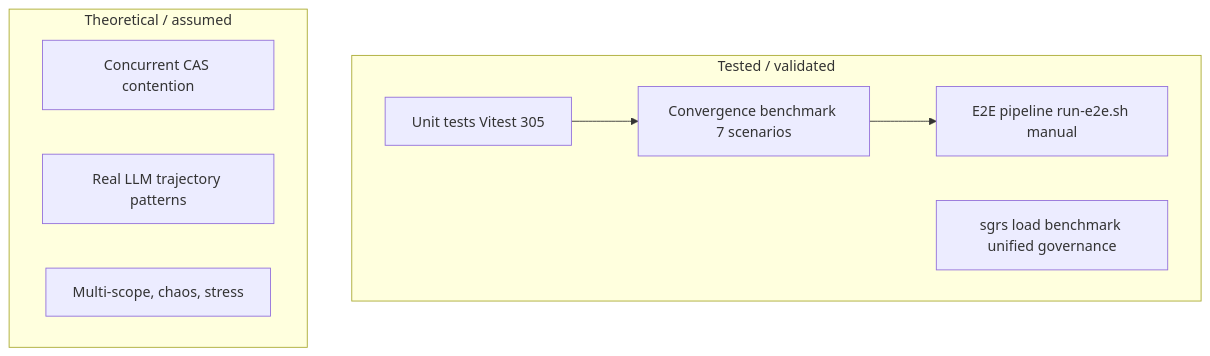
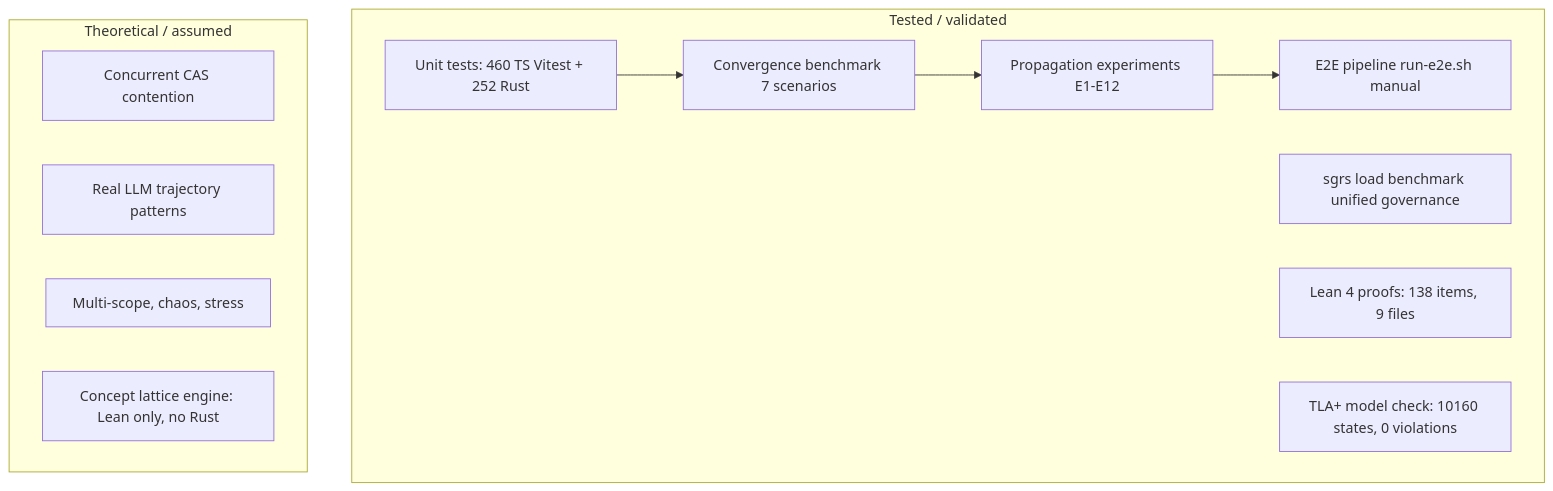
Before and after one commit to DealExMachina/open-governed-swarm-of-agents: the diagram in docs/validation.md, drawn with Mermaid. The commit also changed other lines of this file and 422 other files, not shown here.

````diff
--- a/docs/validation.md
+++ b/docs/validation.md
@@ -14,16 +16,21 @@
 ```mermaid
 flowchart TB
   subgraph tested["Tested / validated"]
-    U[Unit tests Vitest 305]
+    U[Unit tests: 460 TS Vitest + 252 Rust]
     BENCH[Convergence benchmark 7 scenarios]
     SGRS[sgrs load benchmark unified governance]
+    PROP[Propagation experiments E1-E12]
+    LEAN[Lean 4 proofs: 138 items, 9 files]
+    TLAP[TLA+ model check: 10160 states, 0 violations]
     E2E[E2E pipeline run-e2e.sh manual]
   end
   subgraph theoretical["Theoretical / assumed"]
     T1[Concurrent CAS contention]
     T2[Real LLM trajectory patterns]
     T3[Multi-scope, chaos, stress]
+    T4[Concept lattice engine: Lean only, no Rust]
   end
   U --> BENCH
-  BENCH --> E2E
+  BENCH --> PROP
+  PROP --> E2E
 ```
````
